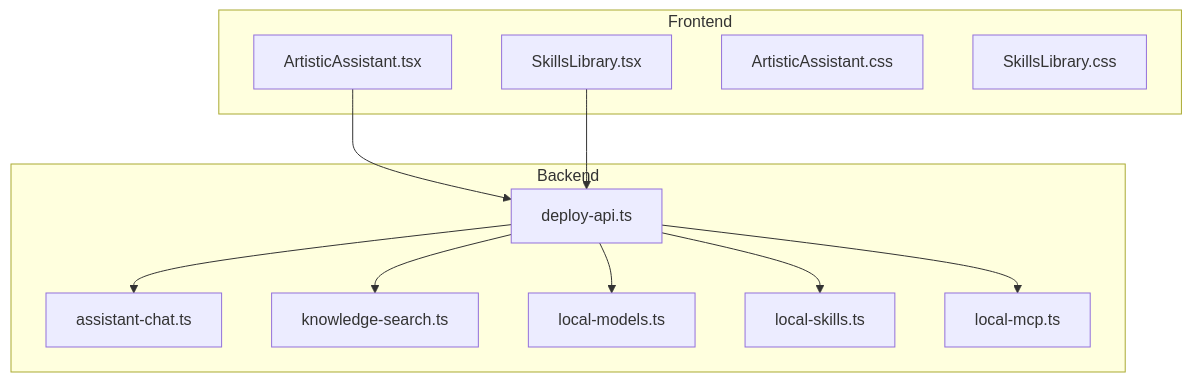
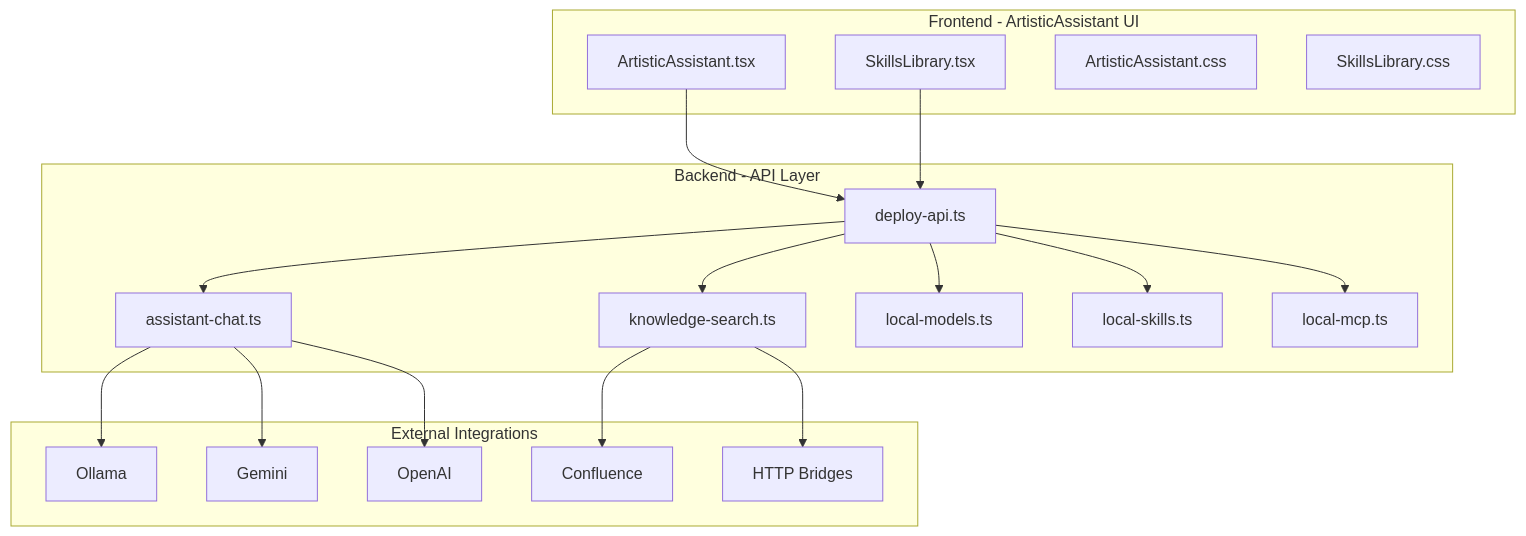
Before and after one commit to Glimora-X/work-helper: the first of 12 diagrams in .qoder/repowiki/en/content/AI Assistant System/AI Assistant System.md, drawn with Mermaid. The commit also changed other lines of this file and 5 other files, not shown here.

First line of the commit message:
docs(skill): enhance skill system architecture and documentation

````diff
--- a/.qoder/repowiki/en/content/AI Assistant System/AI Assistant System.md
+++ b/.qoder/repowiki/en/content/AI Assistant System/AI Assistant System.md
@@ -48,24 +62,36 @@
 ```mermaid
 graph TB
-subgraph "Frontend"
+subgraph "Frontend - ArtisticAssistant UI"
 AA["ArtisticAssistant.tsx"]
 SL["SkillsLibrary.tsx"]
 CSS1["ArtisticAssistant.css"]
 CSS2["SkillsLibrary.css"]
 end
-subgraph "Backend"
+subgraph "Backend - API Layer"
 API["deploy-api.ts"]
 AC["assistant-chat.ts"]
 KM["knowledge-search.ts"]
 LM["local-models.ts"]
 LS["local-skills.ts"]
 MC["local-mcp.ts"]
+end
+subgraph "External Integrations"
+OLL["Ollama"]
+GEM["Gemini"]
+OAI["OpenAI"]
+CF["Confluence"]
+HTTP["HTTP Bridges"]
 end
 AA --> API
 SL --> API
 API --> AC
 API --> KM
 API --> LM
 API --> LS
 API --> MC
+AC --> OLL
+AC --> GEM
+AC --> OAI
+KM --> CF
+KM --> HTTP
 ```
````
